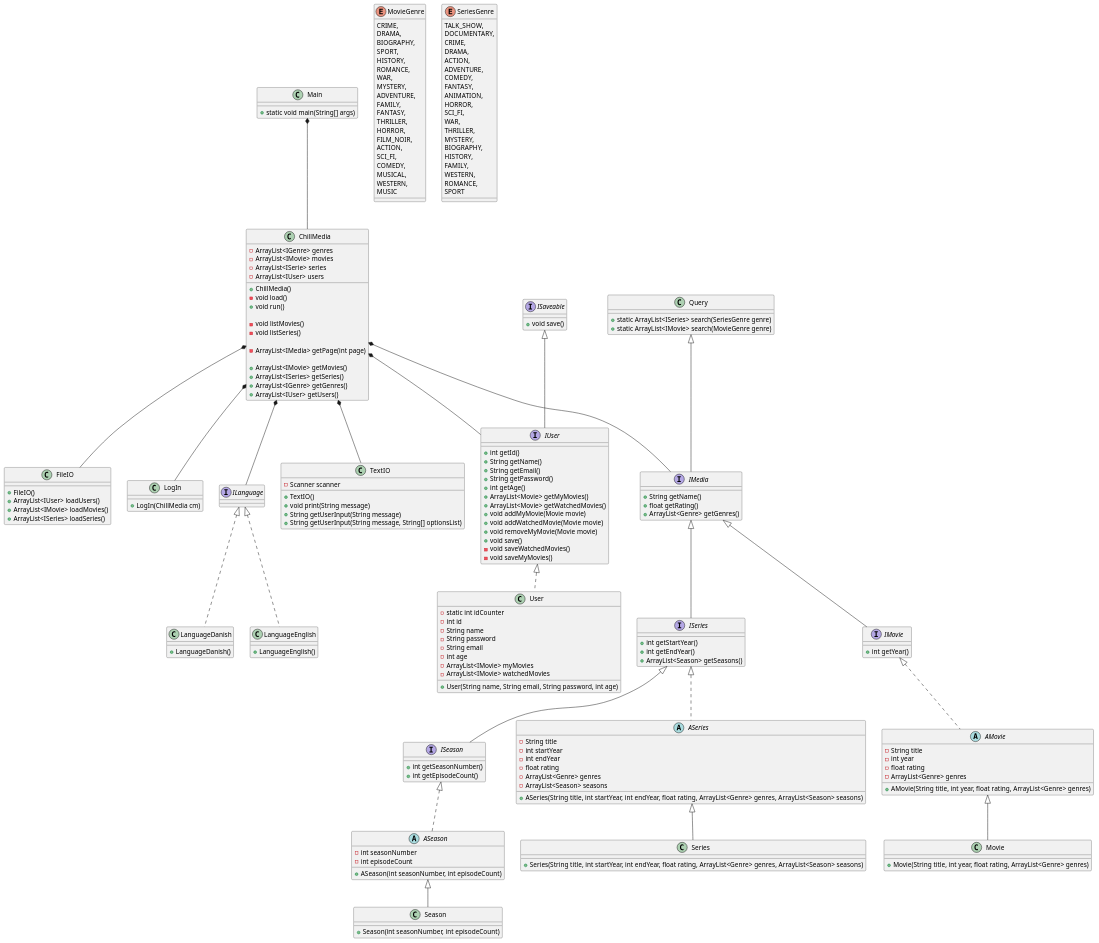
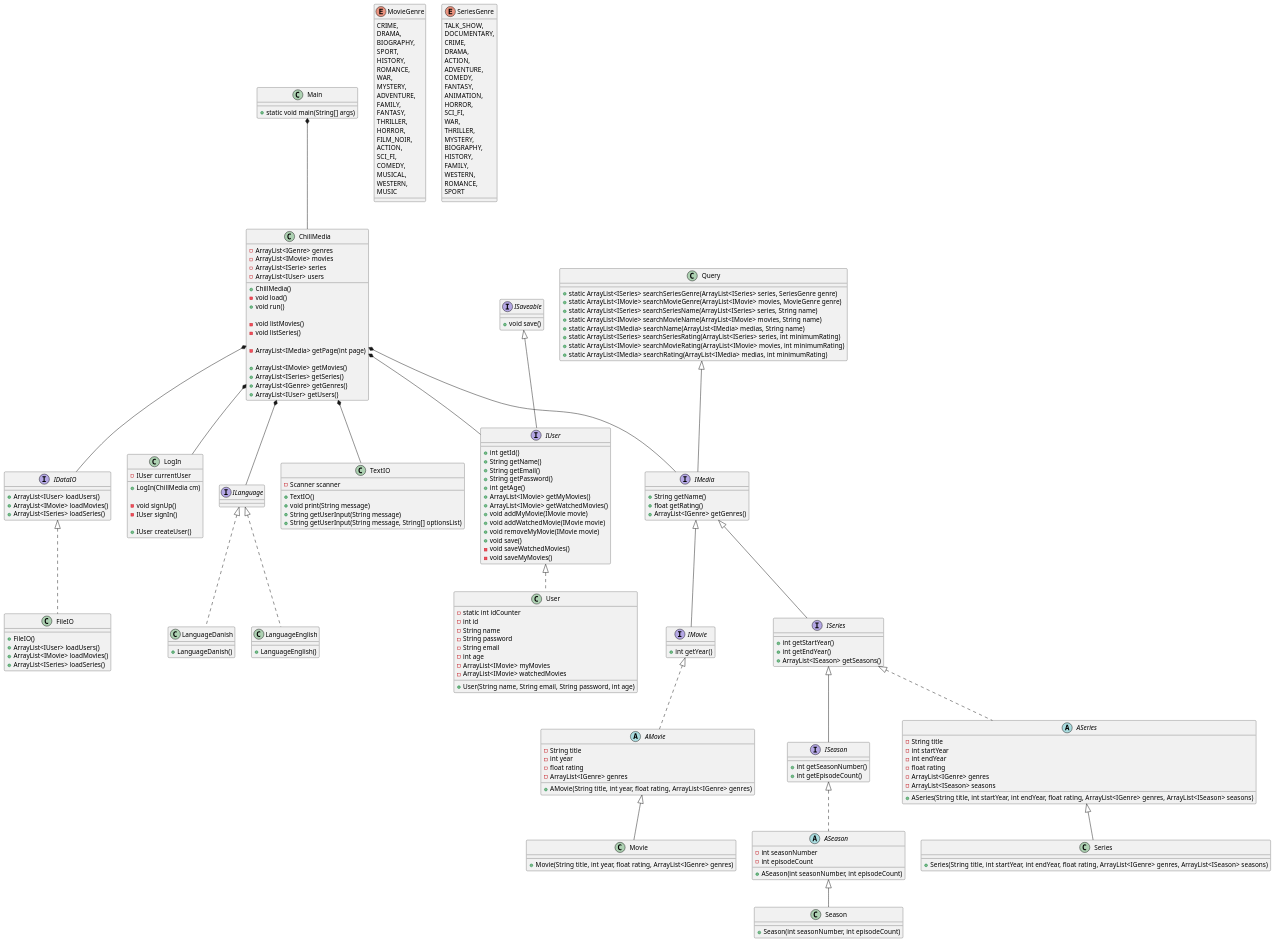
Before and after one commit to Peter537/Dat1-SP3: the diagram in Documentation/Streamingtjeneste.puml, drawn with PlantUML. The commit also changed 2 other files, not shown here.

```diff
--- a/Documentation/Streamingtjeneste.puml
+++ b/Documentation/Streamingtjeneste.puml
@@ -31,16 +31,28 @@
 }
 
 class LogIn {
+    - IUser currentUser
 
     + LogIn(ChillMedia cm)
+
+    - void signUp()
+    - IUser signIn()
+
+    + IUser createUser()
 }
 
 class Query {
     ' STATIC CLASS, EVT. KUNNE MAN LAVE EN INSTANS AF DENNE
     ' OG BRUGE DEN I CHILLMEDIA OG DERFRA BRUGE QUERY
 
-    + static ArrayList<ISeries> search(SeriesGenre genre)
-    + static ArrayList<IMovie> search(MovieGenre genre)
+    + static ArrayList<ISeries> searchSeriesGenre(ArrayList<ISeries> series, SeriesGenre genre)
+    + static ArrayList<IMovie> searchMovieGenre(ArrayList<IMovie> movies, MovieGenre genre)
+    + static ArrayList<ISeries> searchSeriesName(ArrayList<ISeries> series, String name)
+    + static ArrayList<IMovie> searchMovieName(ArrayList<IMovie> movies, String name)
+    + static ArrayList<IMedia> searchName(ArrayList<IMedia> medias, String name)
+    + static ArrayList<ISeries> searchSeriesRating(ArrayList<ISeries> series, int minimumRating)
+    + static ArrayList<IMovie> searchMovieRating(ArrayList<IMovie> movies, int minimumRating)
+    + static ArrayList<IMedia> searchRating(ArrayList<IMedia> medias, int minimumRating)
 }
 
 class TextIO {
@@ -52,7 +64,7 @@
     + String getUserInput(String message, String[] optionsList)
 }
 
-class FileIO {
+class FileIO implements IDataIO {
     + FileIO()
     + ArrayList<IUser> loadUsers()
     + ArrayList<IMovie> loadMovies()
@@ -74,12 +86,12 @@
 
 class Movie extends AMovie {
 
-    + Movie(String title, int year, float rating, ArrayList<Genre> genres)
+    + Movie(String title, int year, float rating, ArrayList<IGenre> genres)
 }
 
 class Series extends ASeries {
 
-    + Series(String title, int startYear, int endYear, float rating, ArrayList<Genre> genres, ArrayList<Season> seasons)
+    + Series(String title, int startYear, int endYear, float rating, ArrayList<IGenre> genres, ArrayList<ISeason> seasons)
 }
 
 class Season extends ASeason {
@@ -105,9 +117,9 @@
     - String title
     - int year
     - float rating
-    - ArrayList<Genre> genres
+    - ArrayList<IGenre> genres
 
-    + AMovie(String title, int year, float rating, ArrayList<Genre> genres)
+    + AMovie(String title, int year, float rating, ArrayList<IGenre> genres)
 }
 
 abstract class ASeries implements ISeries {
@@ -115,10 +127,10 @@
     - int startYear
     - int endYear
     - float rating
-    - ArrayList<Genre> genres
-    - ArrayList<Season> seasons
+    - ArrayList<IGenre> genres
+    - ArrayList<ISeason> seasons
 
-    + ASeries(String title, int startYear, int endYear, float rating, ArrayList<Genre> genres, ArrayList<Season> seasons)
+    + ASeries(String title, int startYear, int endYear, float rating, ArrayList<IGenre> genres, ArrayList<ISeason> seasons)
 }
 
 abstract class ASeason implements ISeason {
@@ -135,13 +147,13 @@
 interface IMedia extends Query {
     + String getName()
     + float getRating()
-    + ArrayList<Genre> getGenres()
+    + ArrayList<IGenre> getGenres()
 }
 
 interface ISeries implements IMedia {
     + int getStartYear()
     + int getEndYear()
-    + ArrayList<Season> getSeasons()
+    + ArrayList<ISeason> getSeasons()
 }
 
 interface ISeason implements ISeries {
@@ -159,14 +171,20 @@
     + String getEmail()
     + String getPassword()
     + int getAge()
-    + ArrayList<Movie> getMyMovies()
-    + ArrayList<Movie> getWatchedMovies()
-    + void addMyMovie(Movie movie)
-    + void addWatchedMovie(Movie movie)
-    + void removeMyMovie(Movie movie)
+    + ArrayList<IMovie> getMyMovies()
+    + ArrayList<IMovie> getWatchedMovies()
+    + void addMyMovie(IMovie movie)
+    + void addWatchedMovie(IMovie movie)
+    + void removeMyMovie(IMovie movie)
     + void save()
     - void saveWatchedMovies()
     - void saveMyMovies()
+}
+
+interface IDataIO {
+    + ArrayList<IUser> loadUsers()
+    + ArrayList<IMovie> loadMovies()
+    + ArrayList<ISeries> loadSeries()
 }
 
 interface ILanguage {
@@ -235,7 +253,7 @@
 
 ChillMedia *-- IMedia
 ChillMedia *-- TextIO
-ChillMedia *-- FileIO
+ChillMedia *-- IDataIO
 ChillMedia *-- ILanguage
 ChillMedia *-- IUser
 ChillMedia *-- LogIn
```
